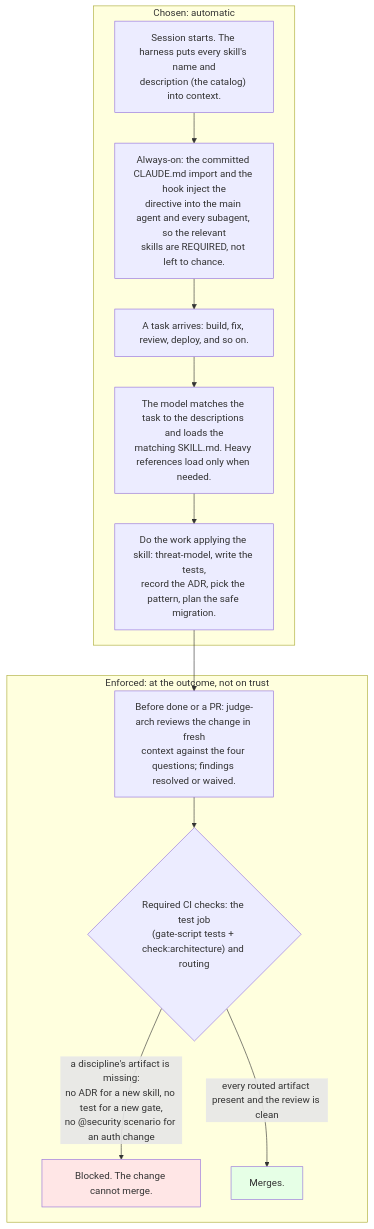
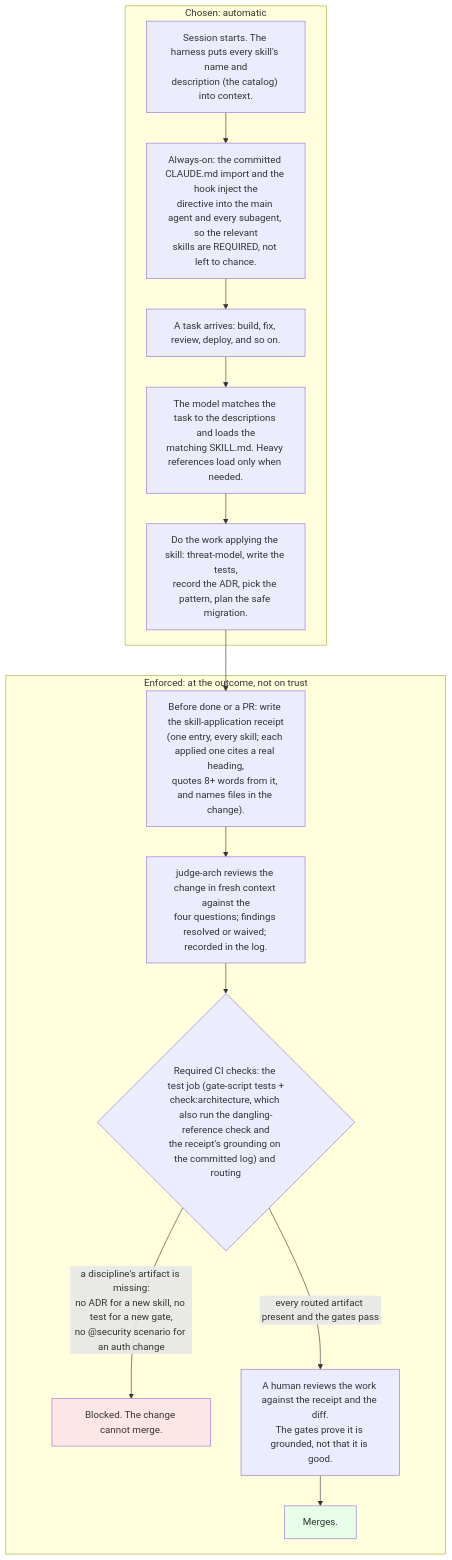
Before and after one commit to techfleetworks/enterprise-software-AI-skills: the first of 3 diagrams in README.md, drawn with Mermaid. The commit also changed 6 other files, not shown here.

First line of the commit message:
Release v1.0.0: version, CHANGELOG, and the accurate enforcement flowchart

````diff
--- a/README.md
+++ b/README.md
@@ -335,19 +335,21 @@
 ```mermaid
 flowchart TD
     subgraph SEL["Chosen: automatic"]
       S1["Session starts. The harness puts every skill's name and<br/>description (the catalog) into context."] --> S2["Always-on: the committed CLAUDE.md import and the hook inject the<br/>directive into the main agent and every subagent, so the relevant<br/>skills are REQUIRED, not left to chance."]
       S2 --> S3["A task arrives: build, fix, review, deploy, and so on."]
       S3 --> S4["The model matches the task to the descriptions and loads the<br/>matching SKILL.md. Heavy references load only when needed."]
       S4 --> S5["Do the work applying the skill: threat-model, write the tests,<br/>record the ADR, pick the pattern, plan the safe migration."]
     end
 
     subgraph ENF["Enforced: at the outcome, not on trust"]
-      S5 --> E1["Before done or a PR: judge-arch reviews the change in fresh<br/>context against the four questions; findings resolved or waived."]
-      E1 --> E2{"Required CI checks: the test job<br/>(gate-script tests + check:architecture) and routing"}
+      S5 --> E0["Before done or a PR: write the skill-application receipt<br/>(one entry, every skill; each applied one cites a real heading,<br/>quotes 8+ words from it, and names files in the change)."]
+      E0 --> E1["judge-arch reviews the change in fresh context against the<br/>four questions; findings resolved or waived; recorded in the log."]
+      E1 --> E2{"Required CI checks: the test job (gate-script tests +<br/>check:architecture, which also run the dangling-reference check and<br/>the receipt's grounding on the committed log) and routing"}
       E2 -- "a discipline's artifact is missing:<br/>no ADR for a new skill, no test for a new gate,<br/>no @security scenario for an auth change" --> E3["Blocked. The change cannot merge."]
-      E2 -- "every routed artifact present and the review is clean" --> E4["Merges."]
+      E2 -- "every routed artifact present and the gates pass" --> E4["A human reviews the work against the receipt and the diff.<br/>The gates prove it is grounded, not that it is good."]
+      E4 --> E5["Merges."]
     end
 
     style E3 fill:#ffe6e6
-    style E4 fill:#e6ffe6
+    style E5 fill:#e6ffe6
 ```
````
